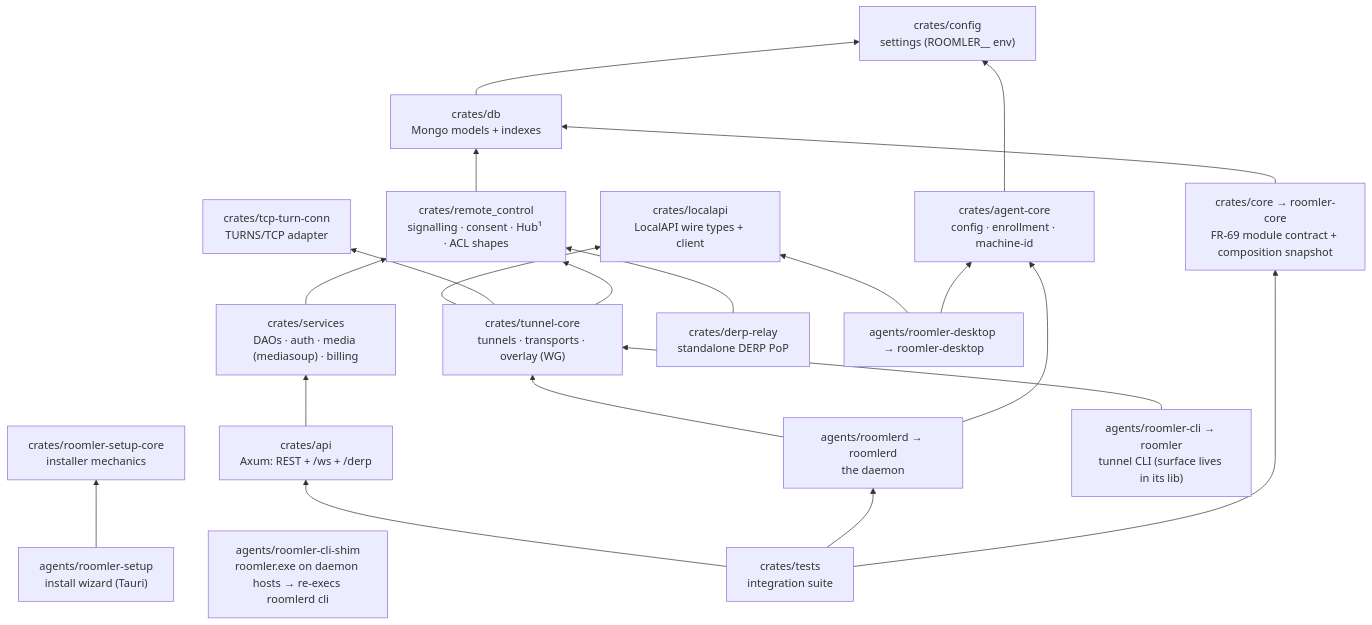
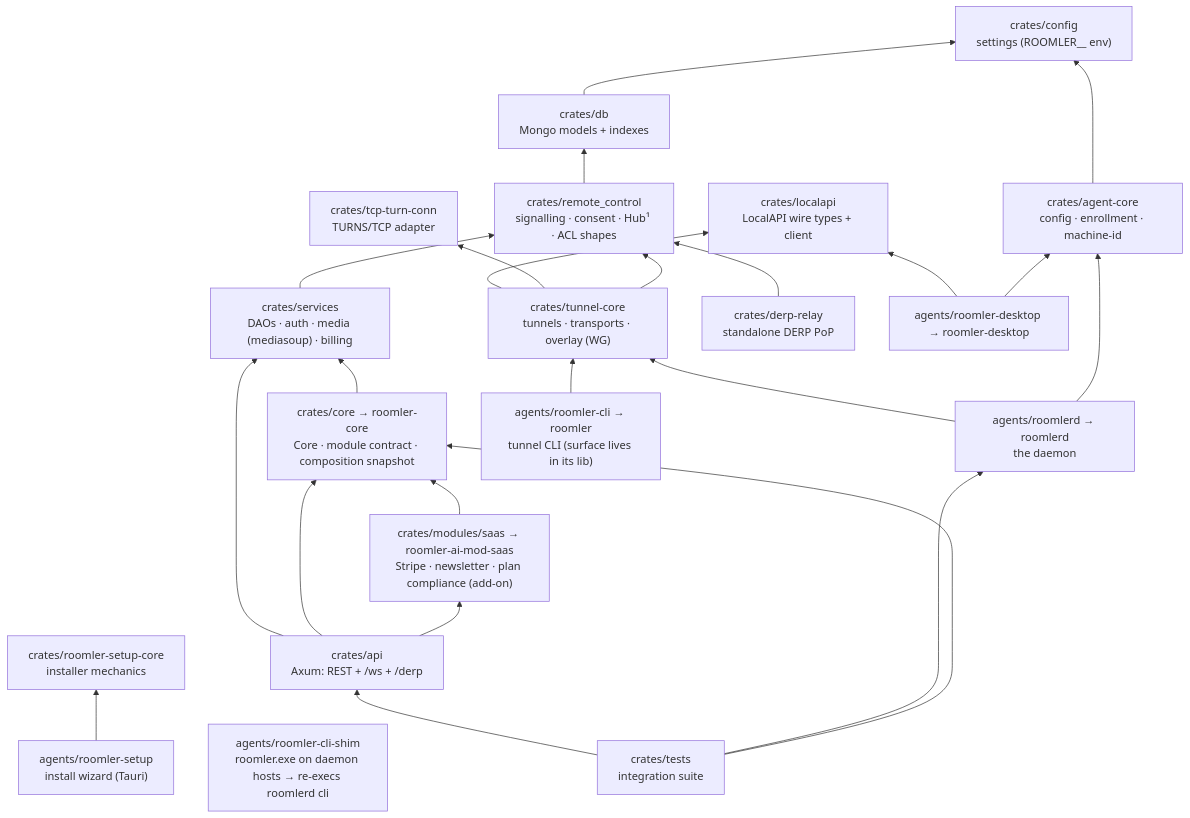
Before and after one commit to gjovanov/roomler-ai: the third of 4 diagrams in docs/architecture.md, drawn with Mermaid. The commit also changed 3 other files, not shown here.

Commit message:
docs(fr): FR-69 — P1c, P1d and P2 in the spec, the ledger, the crate map and the architecture map (#1307)

````diff
--- a/docs/architecture.md
+++ b/docs/architecture.md
@@ -100,38 +100,40 @@
 ```mermaid
 flowchart BT
     config["crates/config<br/>settings (ROOMLER__ env)"]
     db["crates/db<br/>Mongo models + indexes"]
-    core["crates/core → roomler-core<br/>FR-69 module contract + composition snapshot"]
+    core["crates/core → roomler-core<br/>Core · module contract · composition snapshot"]
+    saas["crates/modules/saas → roomler-ai-mod-saas<br/>Stripe · newsletter · plan compliance (add-on)"]
     rc["crates/remote_control<br/>signalling · consent · Hub¹ · ACL shapes"]
     services["crates/services<br/>DAOs · auth · media (mediasoup) · billing"]
     api["crates/api<br/>Axum: REST + /ws + /derp"]
     tests["crates/tests<br/>integration suite"]
 
     localapi["crates/localapi<br/>LocalAPI wire types + client"]
     agentcore["crates/agent-core<br/>config · enrollment · machine-id"]
     tunnelcore["crates/tunnel-core<br/>tunnels · transports · overlay (WG)"]
     tcpturn["crates/tcp-turn-conn<br/>TURNS/TCP adapter"]
     derprelay["crates/derp-relay<br/>standalone DERP PoP"]
     setupcore["crates/roomler-setup-core<br/>installer mechanics"]
 
     roomlerd["agents/roomlerd → roomlerd<br/>the daemon"]
     tunnel["agents/roomler-cli → roomler<br/>tunnel CLI (surface lives in its lib)"]
     shim["agents/roomler-cli-shim<br/>roomler.exe on daemon hosts → re-execs roomlerd cli"]
     tray["agents/roomler-desktop → roomler-desktop"]
     setup["agents/roomler-setup<br/>install wizard (Tauri)"]
 
     db --> config
-    core --> db
+    core --> services
+    saas --> core
     rc --> db
     services --> rc
-    api --> services
+    api --> services & core & saas
     tests --> api & roomlerd & core
 
     tunnelcore --> localapi & tcpturn & rc
     agentcore --> config
     roomlerd --> tunnelcore & agentcore
     tunnel --> tunnelcore
     tray --> localapi & agentcore
     setup --> setupcore
     derprelay --> rc
 ```
````
